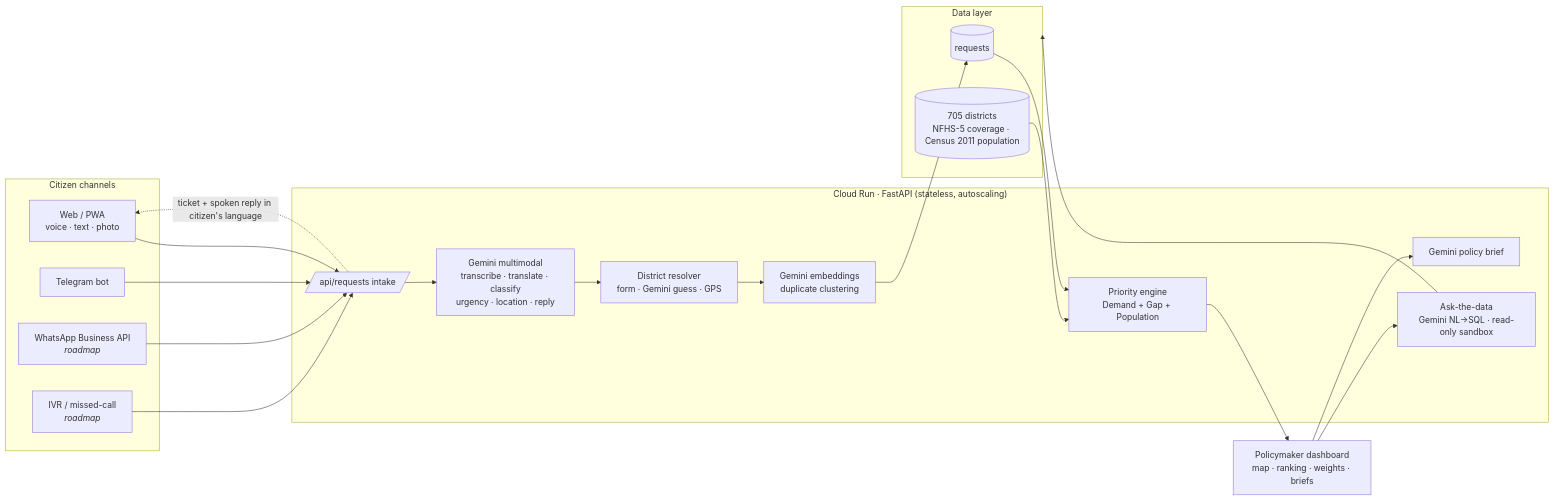
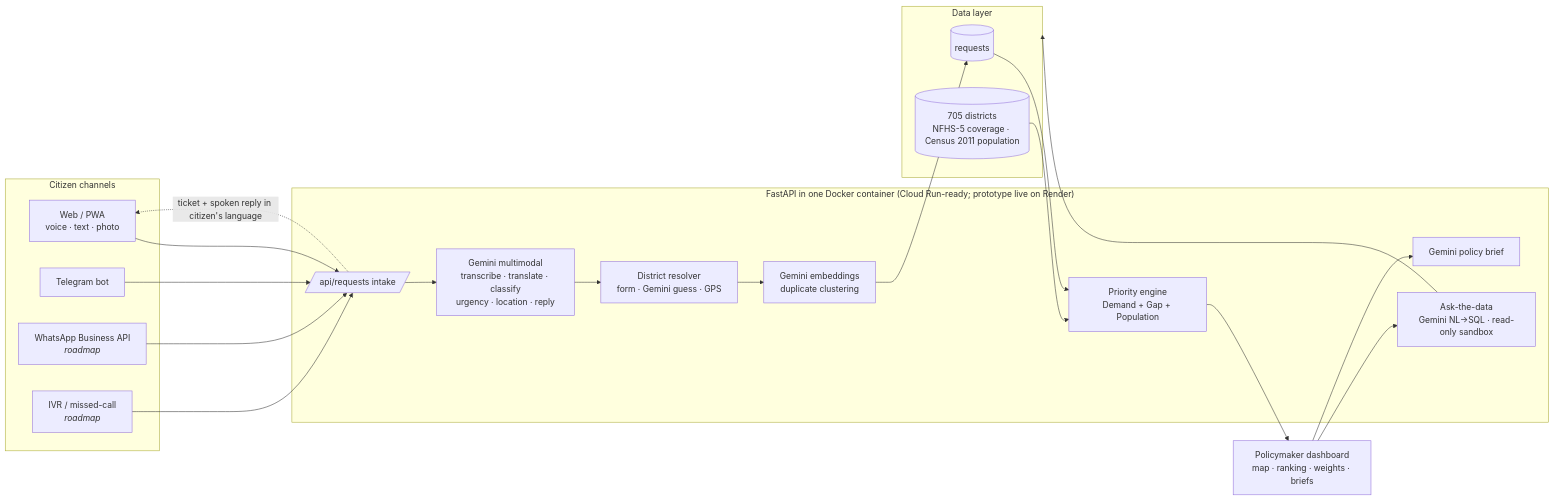
Before and after one commit to 20072601SHAMEEMA/janvaani: the diagram in docs/ARCHITECTURE.md, drawn with Mermaid. The commit also changed other lines of this file and 1 other file, not shown here.

Commit message:
README: list every tool used, Google and other, with licences and reasons

````diff
--- a/docs/ARCHITECTURE.md
+++ b/docs/ARCHITECTURE.md
@@ -5,30 +5,30 @@
 ```mermaid
 flowchart LR
   subgraph Channels["Citizen channels"]
     W[Web / PWA<br/>voice · text · photo]
     T[Telegram bot]
     WA[WhatsApp Business API<br/><i>roadmap</i>]
     IVR[IVR / missed-call<br/><i>roadmap</i>]
   end
 
-  subgraph Run["Cloud Run · FastAPI (stateless, autoscaling)"]
+  subgraph Run["FastAPI in one Docker container (Cloud Run-ready; prototype live on Render)"]
     I[/api/requests intake/]
     G1[Gemini multimodal<br/>transcribe · translate · classify<br/>urgency · location · reply]
     E[Gemini embeddings<br/>duplicate clustering]
     R[District resolver<br/>form · Gemini guess · GPS]
     P[Priority engine<br/>Demand + Gap + Population]
     Q[Ask-the-data<br/>Gemini NL→SQL · read-only sandbox]
     B[Gemini policy brief]
   end
 
   subgraph Data["Data layer"]
     REQ[(requests)]
     DIST[(705 districts<br/>NFHS-5 coverage · Census 2011 population)]
   end
 
   W & T & WA & IVR --> I --> G1 --> R --> E --> REQ
   REQ & DIST --> P --> D[Policymaker dashboard<br/>map · ranking · weights · briefs]
   D --> Q --> Data
   D --> B
   I -. ticket + spoken reply in citizen's language .-> W
 ```
````
